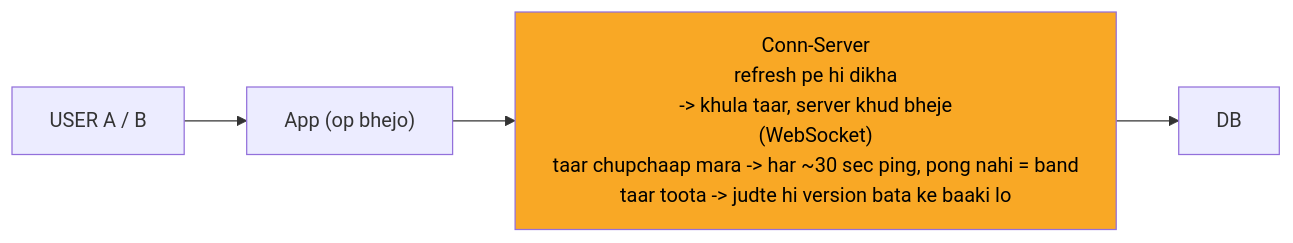
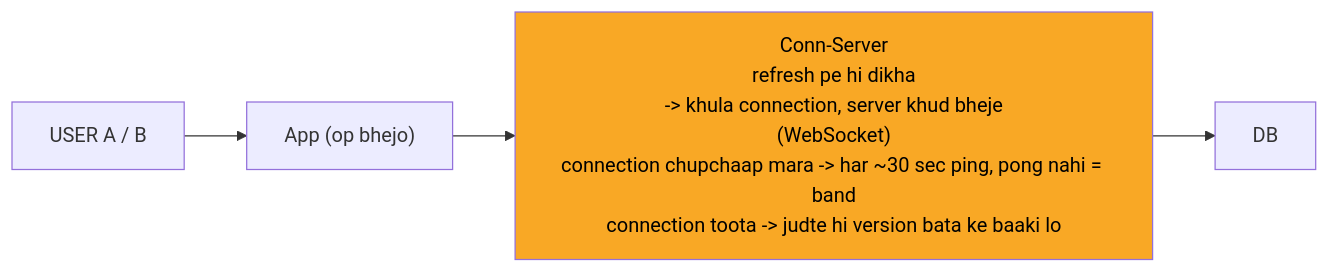
The third of 10 diagrams in 04_HLD/SYSTEM_DESIGNS/11_google_docs_collab/11_google_docs_collab.md (ArpanMaheshwari144/Prep), drawn with Mermaid before and after one commit. The commit also changed other lines of this file and 12 other files, not shown here.

````diff
--- a/04_HLD/SYSTEM_DESIGNS/11_google_docs_collab/11_google_docs_collab.md
+++ b/04_HLD/SYSTEM_DESIGNS/11_google_docs_collab/11_google_docs_collab.md
@@ -108,12 +108,12 @@
 ```mermaid
 %%{init: {"flowchart": {"wrappingWidth": 450}}}%%
 flowchart LR
     n_USER["USER A / B"]
     n_App["App (op bhejo)"]
-    n_CS["Conn-Server<br/>refresh pe hi dikha<br/>-> khula taar, server khud bheje<br/>(WebSocket)<br/>taar chupchaap mara -> har ~30 sec ping, pong nahi = band<br/>taar toota -> judte hi version bata ke baaki lo"]
+    n_CS["Conn-Server<br/>refresh pe hi dikha<br/>-> khula connection, server khud bheje<br/>(WebSocket)<br/>connection chupchaap mara -> har ~30 sec ping, pong nahi = band<br/>connection toota -> judte hi version bata ke baaki lo"]
     n_DB["DB"]
     n_USER --> n_App
     n_App --> n_CS
     n_CS --> n_DB
     style n_CS fill:#f9a825,color:#000
 ```
````
